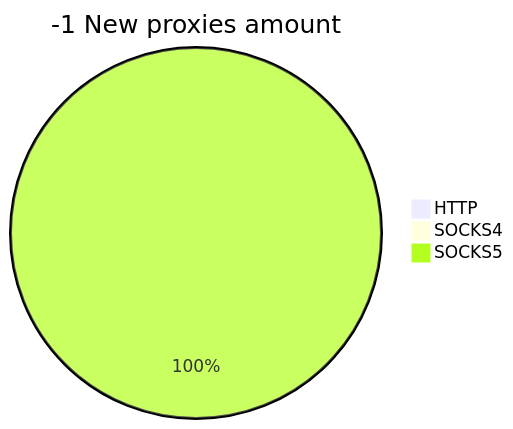
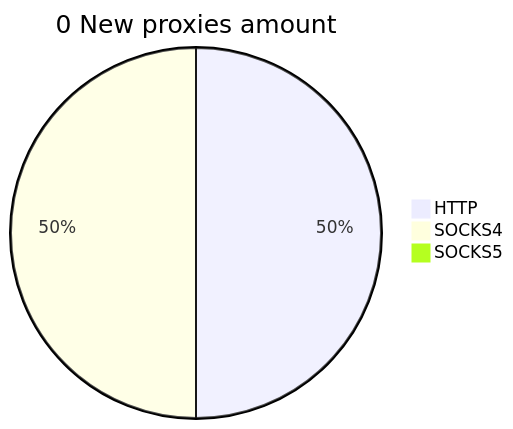
Before and after one commit to cutipu/proxylist: the second of 2 diagrams in README.md, drawn with Mermaid. The commit also changed other lines of this file, not shown here.

````diff
--- a/README.md
+++ b/README.md
@@ -10,6 +10,6 @@
 ```mermaid
-pie title -1 New proxies amount
-    "HTTP" : 0
-    "SOCKS4" : 0
-    "SOCKS5" : 1
+pie title 0 New proxies amount
+    "HTTP" : 1
+    "SOCKS4" : 1
+    "SOCKS5" : 0
 ```
````
